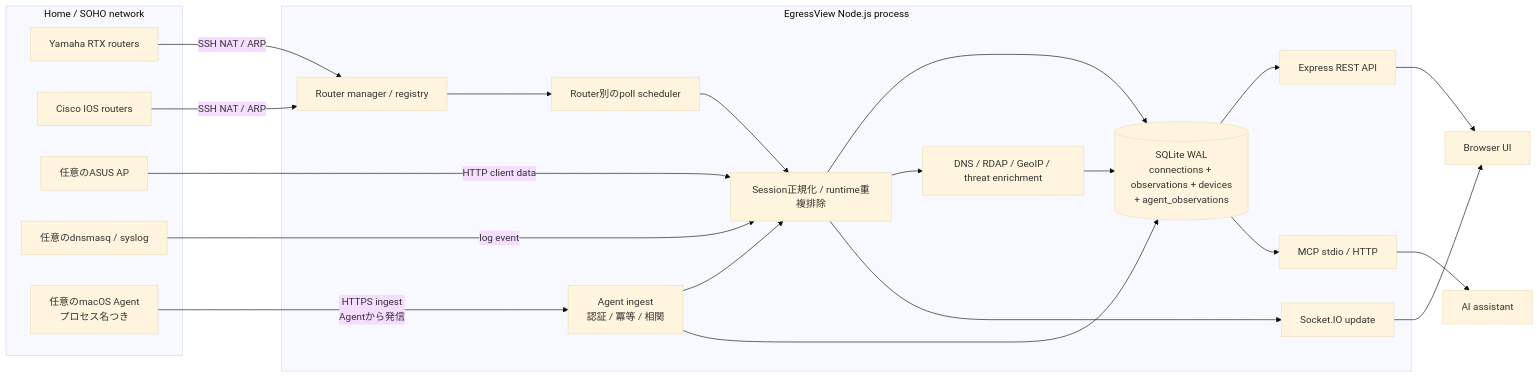
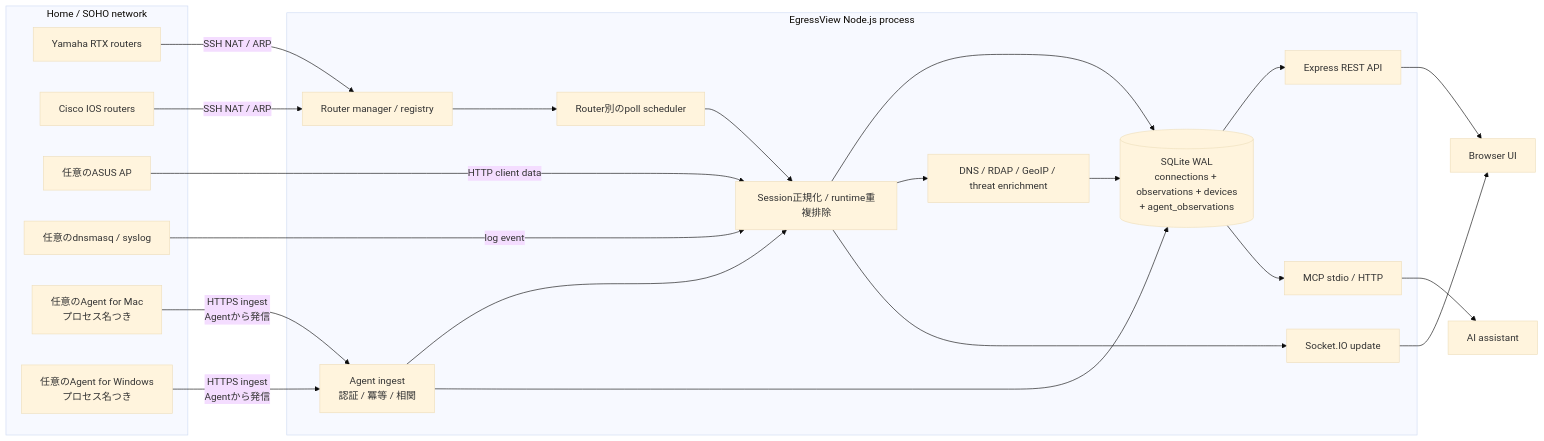
One commit to yo1t/egressview changed the diagram in docs/architecture.ja.md. Above: the diagram before and after it, drawn with Mermaid (base theme). The commit also changed other lines of this file and 10 other files, not shown here.

First line of the commit message:
docs: align roadmap and agent guides with current products (#678)

````diff
--- a/docs/architecture.ja.md
+++ b/docs/architecture.ja.md
@@ -13,36 +13,38 @@
 ```mermaid
 flowchart LR
   subgraph Network[Home / SOHO network]
     Y[Yamaha RTX routers]
     C[Cisco IOS routers]
     A[任意のASUS AP]
     L[任意のdnsmasq / syslog]
-    M[任意のmacOS Agent<br/>プロセス名つき]
+    M[任意のAgent for Mac<br/>プロセス名つき]
+    W[任意のAgent for Windows<br/>プロセス名つき]
   end
 
   subgraph Server[EgressView Node.js process]
     RM[Router manager / registry]
     PS[Router別のpoll scheduler]
     IN[Agent ingest<br/>認証 / 冪等 / 相関]
     N[Session正規化 / runtime重複排除]
     EN[DNS / RDAP / GeoIP / threat enrichment]
     DB[(SQLite WAL\nconnections + observations + devices\n+ agent_observations)]
     HTTP[Express REST API]
     WS[Socket.IO update]
     MCP[MCP stdio / HTTP]
   end
 
   Y -->|SSH NAT / ARP| RM
   C -->|SSH NAT / ARP| RM
   RM --> PS --> N
   A -->|HTTP client data| N
   L -->|log event| N
   M -->|HTTPS ingest<br/>Agentから発信| IN
+  W -->|HTTPS ingest<br/>Agentから発信| IN
   IN --> N
   IN --> DB
   N --> DB
   N --> EN --> DB
   DB --> HTTP --> UI[Browser UI]
   N --> WS --> UI
   DB --> MCP --> AI[AI assistant]
 ```
````
